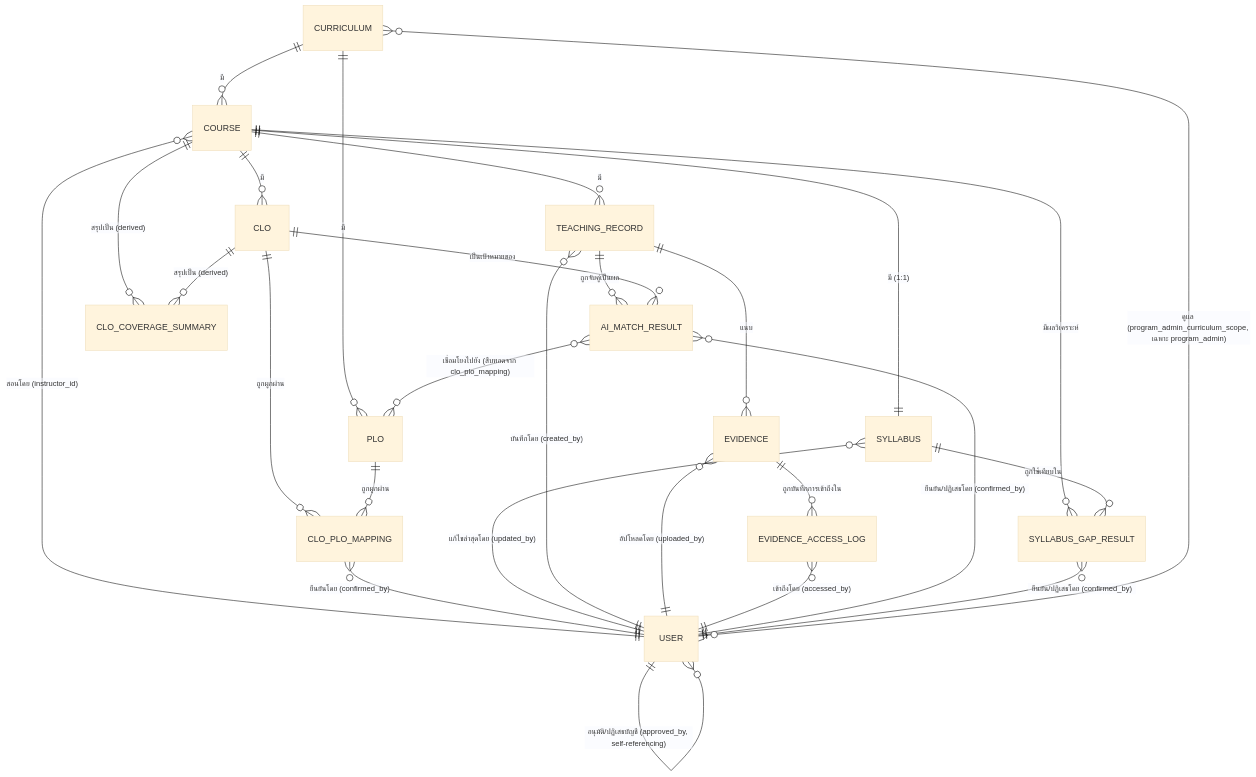
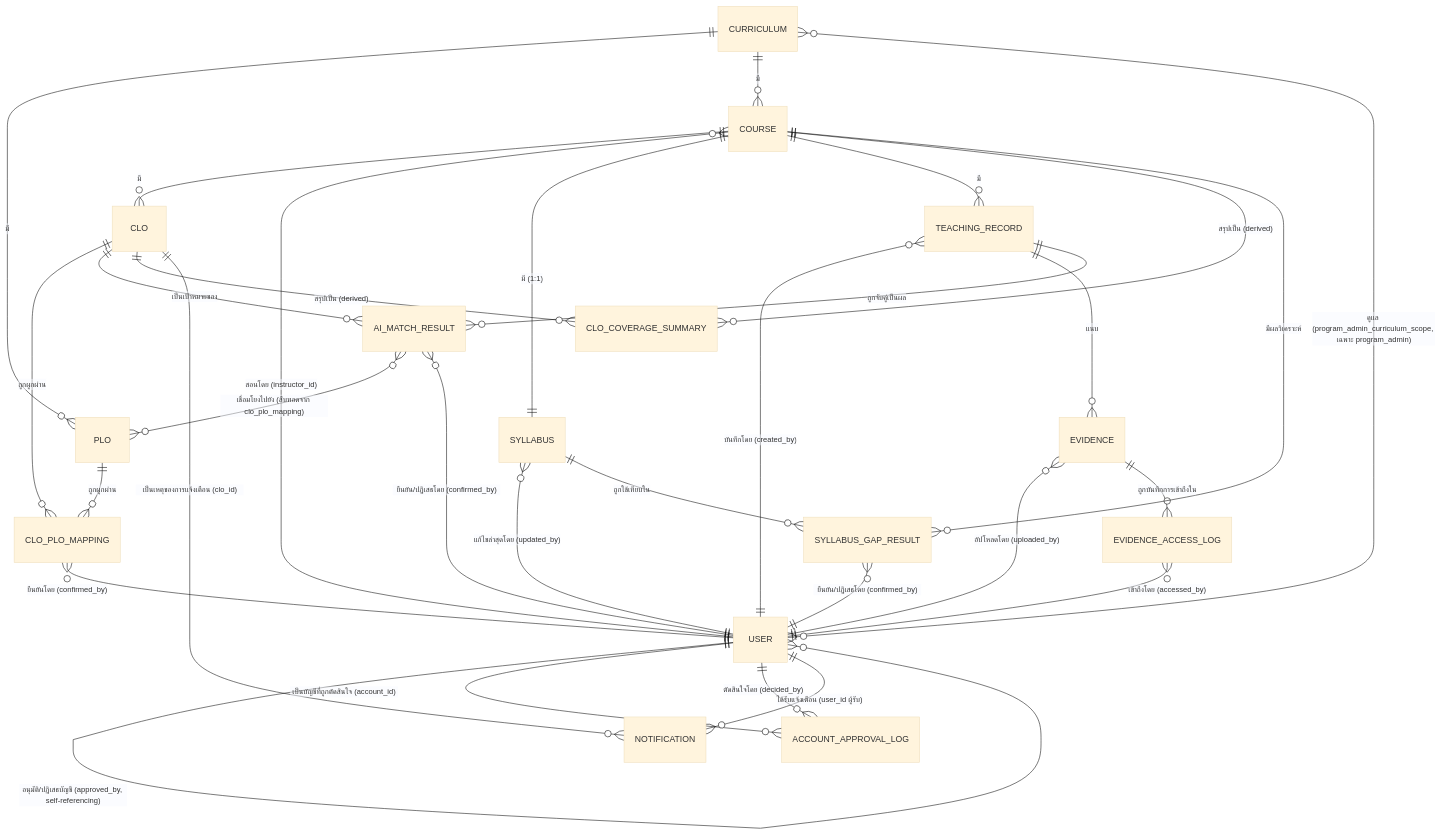
Before and after one commit to nmcup13-cmd/ALIGN: the diagram in docs/02-design/02-technical/align-api-schema-design.md, drawn with Mermaid (base theme). The commit also changed other lines of this file and 3 other files, not shown here.

First line of the commit message:
Add missing notification/account_approval_log entities

````diff
--- a/docs/02-design/02-technical/align-api-schema-design.md
+++ b/docs/02-design/02-technical/align-api-schema-design.md
@@ -32,29 +33,33 @@
 ```mermaid
 erDiagram
     CURRICULUM ||--o{ PLO : "มี"
     CURRICULUM ||--o{ COURSE : "มี"
     COURSE ||--o{ CLO : "มี"
     COURSE }o--|| USER : "สอนโดย (instructor_id)"
     CLO ||--o{ CLO_PLO_MAPPING : "ถูกผูกผ่าน"
     PLO ||--o{ CLO_PLO_MAPPING : "ถูกผูกผ่าน"
     CLO_PLO_MAPPING }o--|| USER : "ยืนยันโดย (confirmed_by)"
     COURSE ||--|| SYLLABUS : "มี (1:1)"
     SYLLABUS }o--|| USER : "แก้ไขล่าสุดโดย (updated_by)"
     COURSE ||--o{ TEACHING_RECORD : "มี"
     TEACHING_RECORD }o--|| USER : "บันทึกโดย (created_by)"
     TEACHING_RECORD ||--o{ EVIDENCE : "แนบ"
     EVIDENCE }o--|| USER : "อัปโหลดโดย (uploaded_by)"
     EVIDENCE ||--o{ EVIDENCE_ACCESS_LOG : "ถูกบันทึกการเข้าถึงใน"
     EVIDENCE_ACCESS_LOG }o--|| USER : "เข้าถึงโดย (accessed_by)"
     TEACHING_RECORD ||--o{ AI_MATCH_RESULT : "ถูกจับคู่เป็นผล"
     CLO ||--o{ AI_MATCH_RESULT : "เป็นเป้าหมายของ"
     AI_MATCH_RESULT }o--o{ PLO : "เชื่อมโยงไปยัง (สืบทอดจาก clo_plo_mapping)"
     AI_MATCH_RESULT }o--|| USER : "ยืนยัน/ปฏิเสธโดย (confirmed_by)"
     COURSE ||--o{ CLO_COVERAGE_SUMMARY : "สรุปเป็น (derived)"
     CLO ||--o{ CLO_COVERAGE_SUMMARY : "สรุปเป็น (derived)"
     COURSE ||--o{ SYLLABUS_GAP_RESULT : "มีผลวิเคราะห์"
     SYLLABUS ||--o{ SYLLABUS_GAP_RESULT : "ถูกใช้เทียบใน"
     SYLLABUS_GAP_RESULT }o--|| USER : "ยืนยัน/ปฏิเสธโดย (confirmed_by)"
     USER }o--o{ CURRICULUM : "ดูแล (program_admin_curriculum_scope, เฉพาะ program_admin)"
     USER ||--o{ USER : "อนุมัติ/ปฏิเสธบัญชี (approved_by, self-referencing)"
+    USER ||--o{ ACCOUNT_APPROVAL_LOG : "เป็นบัญชีที่ถูกตัดสินใจ (account_id)"
+    USER ||--o{ ACCOUNT_APPROVAL_LOG : "ตัดสินใจโดย (decided_by)"
+    USER ||--o{ NOTIFICATION : "ได้รับแจ้งเตือน (user_id ผู้รับ)"
+    CLO ||--o{ NOTIFICATION : "เป็นเหตุของการแจ้งเตือน (clo_id)"
 ```
````
